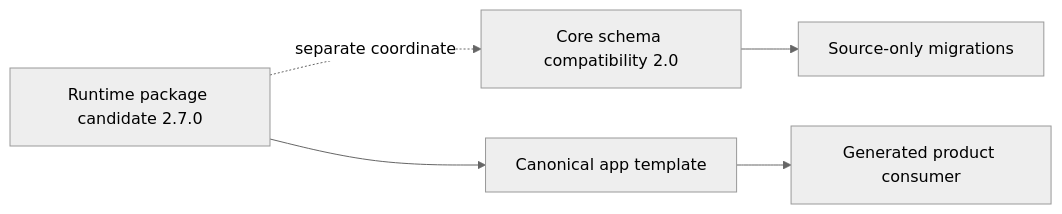
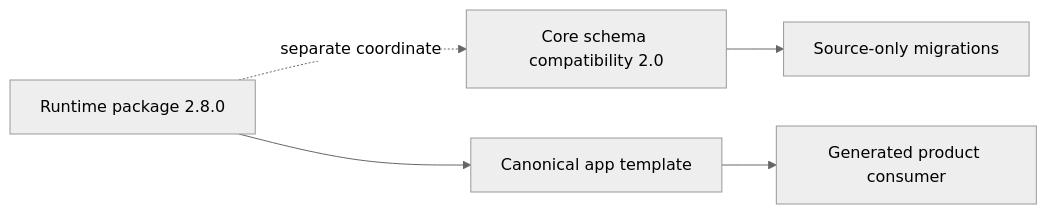
Before and after one commit to SapienXai/saas-core: the first of 2 diagrams in docs/START-HERE.md, drawn with Mermaid (neutral theme). The commit also changed other lines of this file and 6 other files, not shown here.

````diff
--- a/docs/START-HERE.md
+++ b/docs/START-HERE.md
@@ -14,7 +13,7 @@
 ```mermaid
 flowchart LR
-  Release[Runtime package candidate 2.7.0] -. separate coordinate .-> Schema[Core schema compatibility 2.0]
+  Release[Runtime package 2.8.0] -. separate coordinate .-> Schema[Core schema compatibility 2.0]
   Schema --> Source[Source-only migrations]
   Release --> Template[Canonical app template]
   Template --> Consumer[Generated product consumer]
 ```
````
